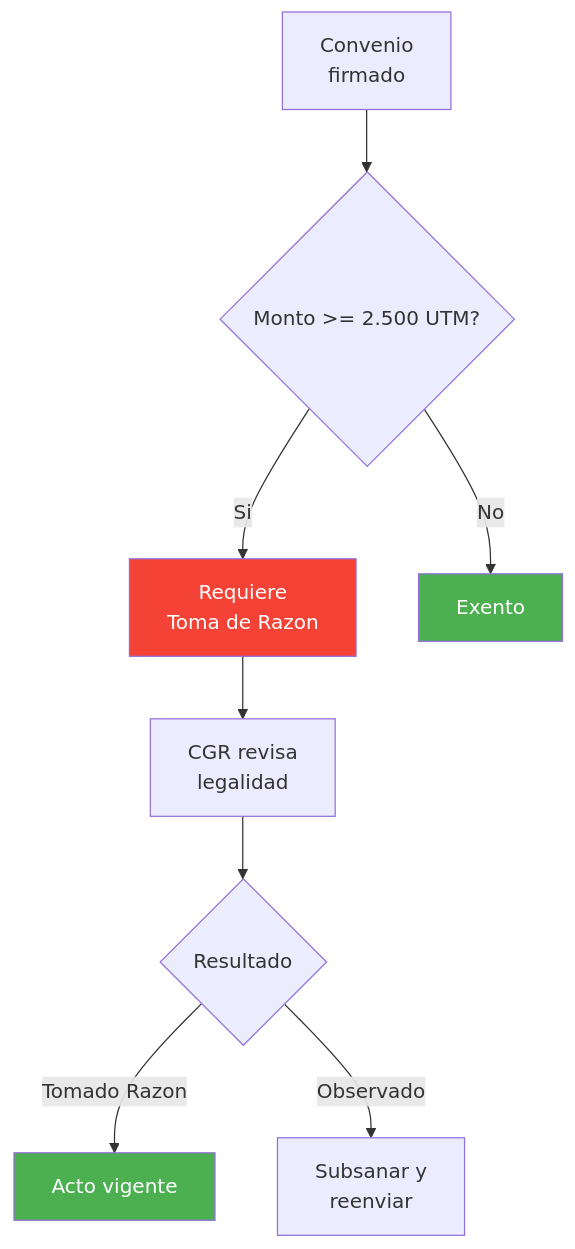
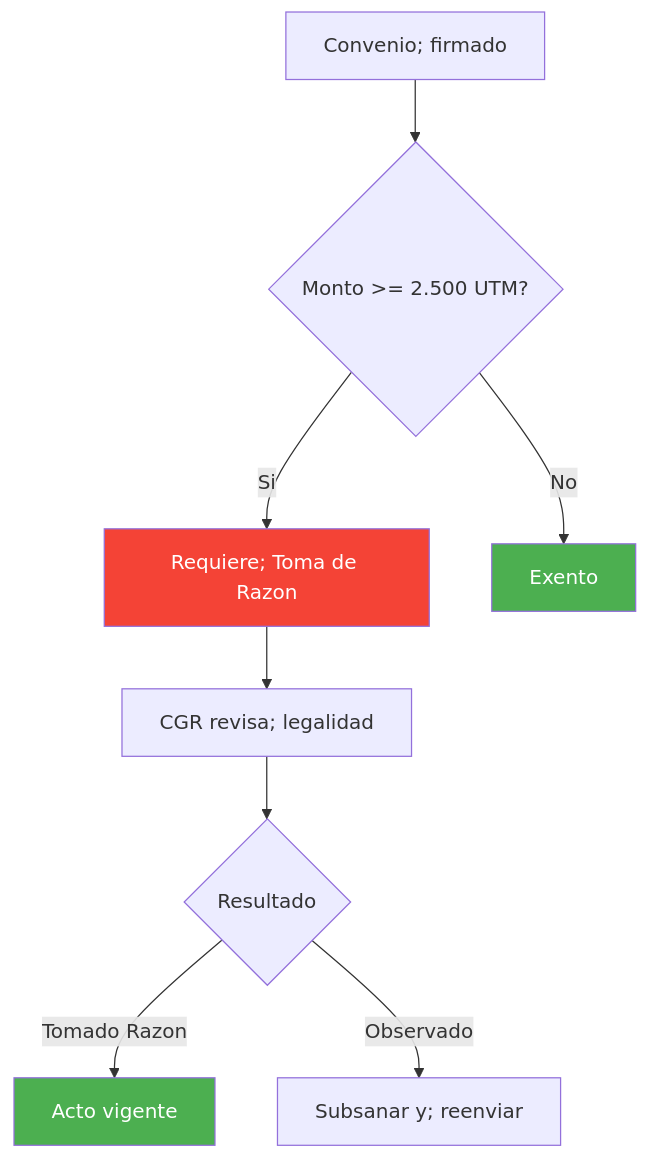
The fourth of 5 diagrams in KNOWLEDGE/gn/kb/bpmn-actos-administrativos.md (felix-antonio-sl/kora), drawn with Mermaid before and after one commit. The commit also changed other lines of this file and 1034 other files, not shown here.

````diff
--- a/KNOWLEDGE/gn/kb/bpmn-actos-administrativos.md
+++ b/KNOWLEDGE/gn/kb/bpmn-actos-administrativos.md
@@ -182,14 +192,14 @@
 ```mermaid
 flowchart TD
-    A["Convenio<br/>firmado"] --> B{"Monto >= 2.500 UTM?"}
-    B -->|"Si"| C["Requiere<br/>Toma de Razon"]
-    B -->|"No"| D["Exento"]
-    C --> E["CGR revisa<br/>legalidad"]
-    E --> F{"Resultado"}
-    F -->|"Tomado Razon"| G["Acto vigente"]
-    F -->|"Observado"| H["Subsanar y<br/>reenviar"]
+ A["Convenio; firmado"] --> B{"Monto >= 2.500 UTM?"}
+ B -->|"Si"| C["Requiere; Toma de Razon"]
+ B -->|"No"| D["Exento"]
+ C --> E["CGR revisa; legalidad"]
+ E --> F{"Resultado"}
+ F -->|"Tomado Razon"| G["Acto vigente"]
+ F -->|"Observado"| H["Subsanar y; reenviar"]
 
-    style C fill:#f44336,color:#fff
-    style D fill:#4CAF50,color:#fff
-    style G fill:#4CAF50,color:#fff
+ style C fill:#f44336,color:#fff
+ style D fill:#4CAF50,color:#fff
+ style G fill:#4CAF50,color:#fff
 ```
````
